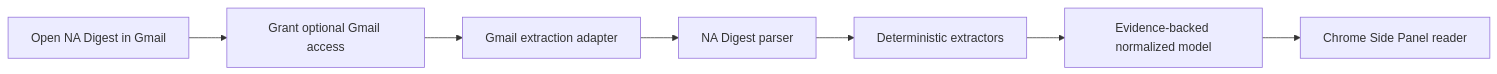
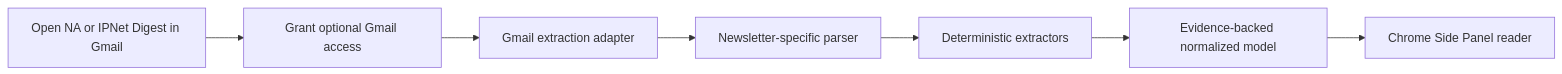
Before and after one commit to brownzhu/academic-digest-reader: the diagram in README.md, drawn with Mermaid. The commit also changed other lines of this file and 39 other files, not shown here.

````diff
--- a/README.md
+++ b/README.md
@@ -43,9 +44,9 @@
 ```mermaid
 flowchart LR
-    A[Open NA Digest in Gmail] --> B[Grant optional Gmail access]
+    A[Open NA or IPNet Digest in Gmail] --> B[Grant optional Gmail access]
     B --> C[Gmail extraction adapter]
-    C --> D[NA Digest parser]
+    C --> D[Newsletter-specific parser]
     D --> E[Deterministic extractors]
     E --> F[Evidence-backed normalized model]
     F --> G[Chrome Side Panel reader]
 ```
````
